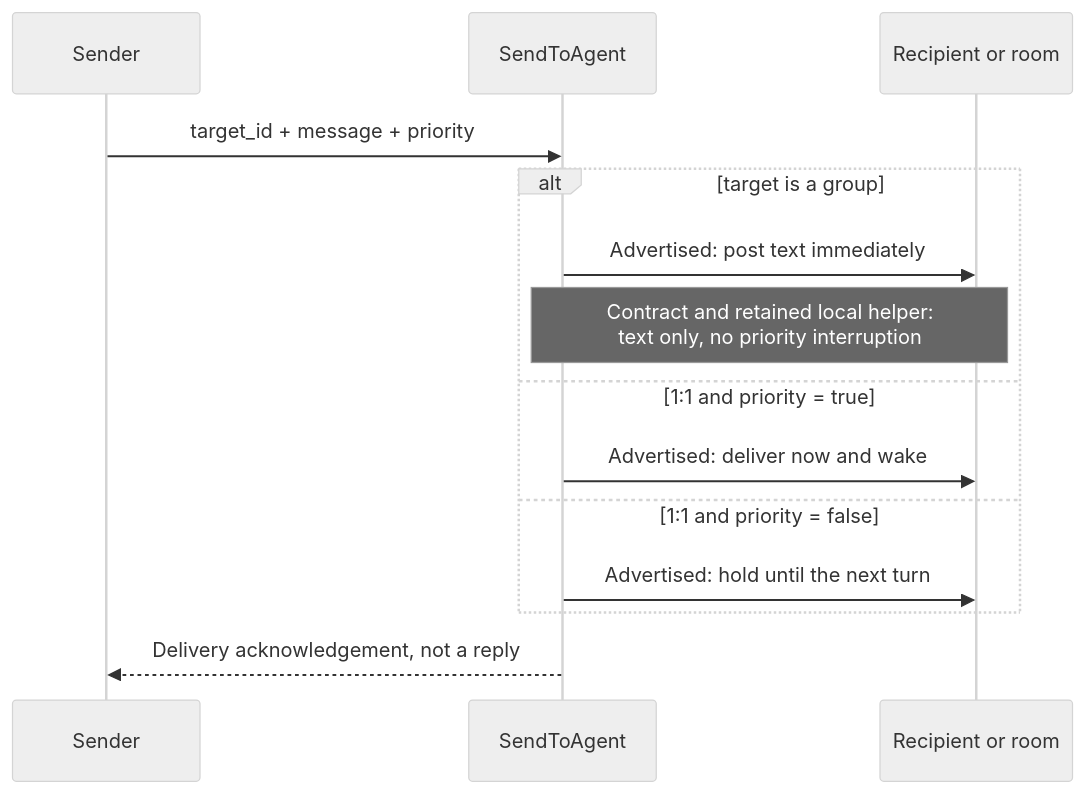
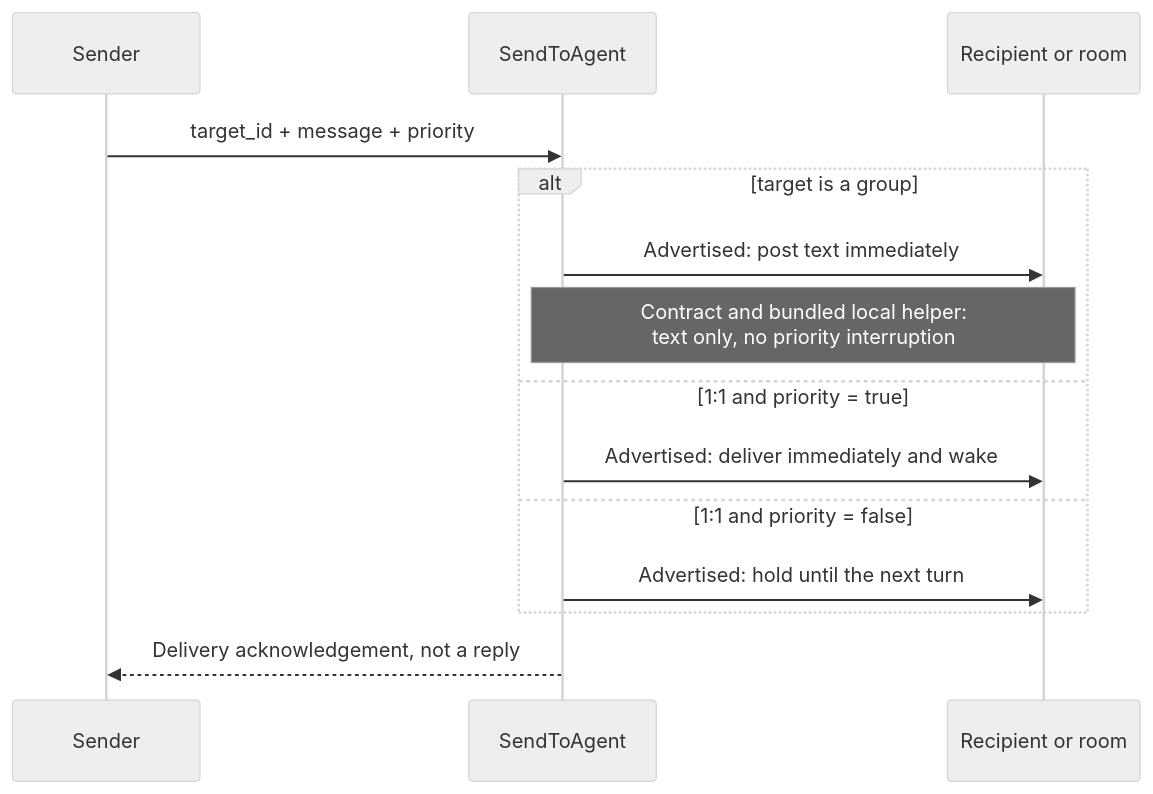
The second of 5 diagrams in docs/agent-teams-100-questions.md (debidong/grok-bot-0.18-reconstructed), drawn with Mermaid (neutral theme) before and after one commit. The commit also changed other lines of this file, not shown here.

````diff
--- a/docs/agent-teams-100-questions.md
+++ b/docs/agent-teams-100-questions.md
@@ -72,16 +68,16 @@
 ```mermaid
 sequenceDiagram
   participant A as Sender
   participant T as SendToAgent
   participant R as Recipient or room
   A->>T: target_id + message + priority
   alt target is a group
     T->>R: Advertised: post text immediately
-    Note over T,R: Contract and retained local helper:<br/>text only, no priority interruption
+    Note over T,R: Contract and bundled local helper:<br/>text only, no priority interruption
   else 1:1 and priority = true
-    T->>R: Advertised: deliver now and wake
+    T->>R: Advertised: deliver immediately and wake
   else 1:1 and priority = false
     T->>R: Advertised: hold until the next turn
   end
   T-->>A: Delivery acknowledgement, not a reply
 ```
````
